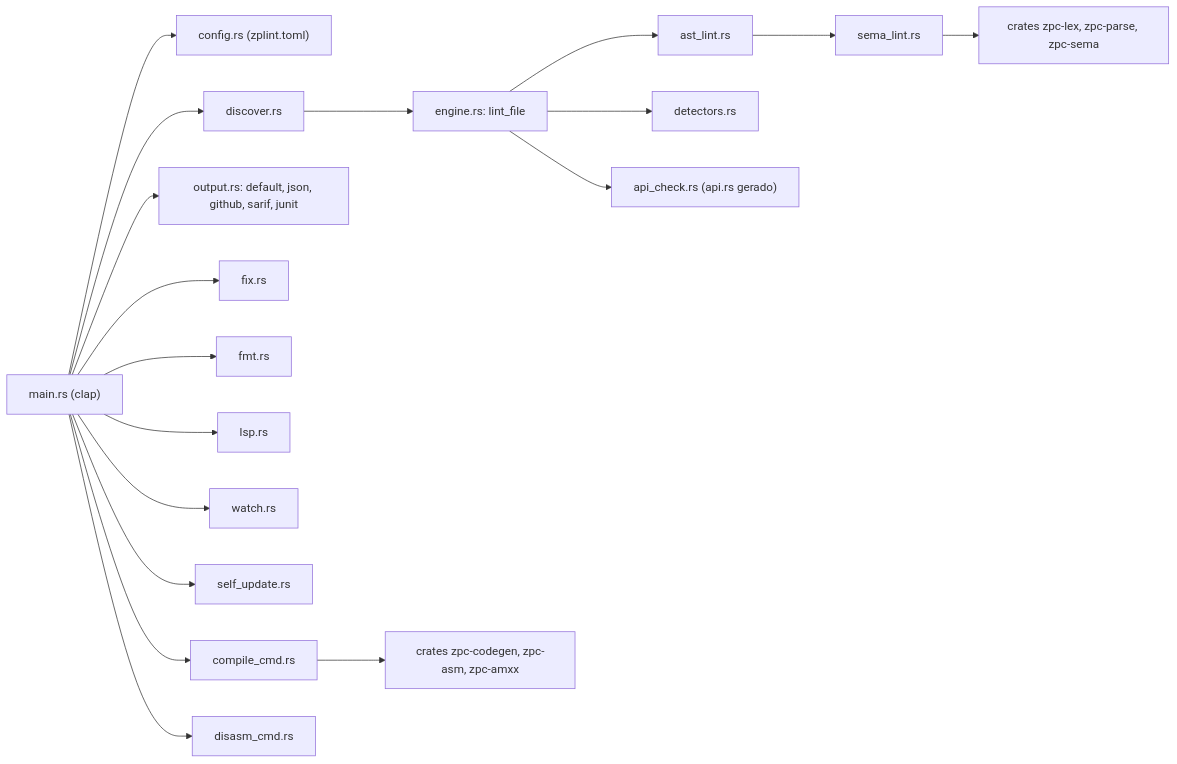
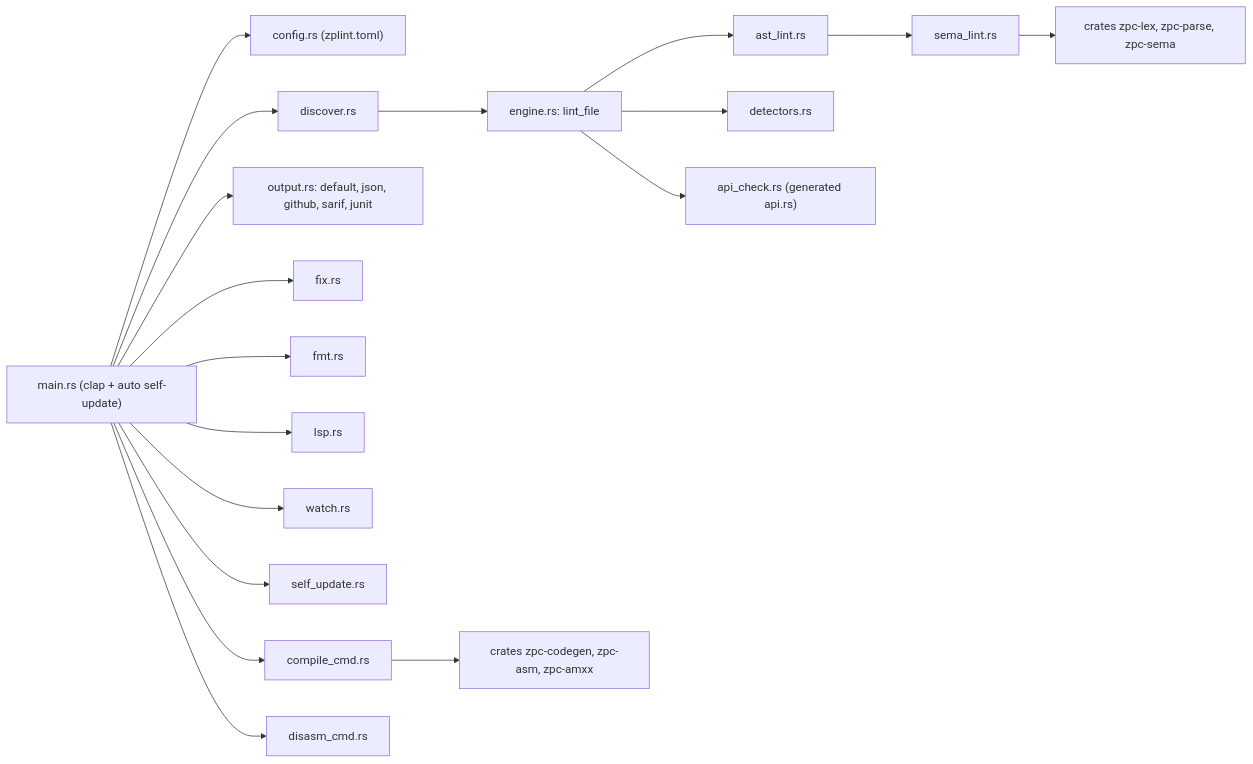
The diagram in README.md (juninmd/zplint), drawn with Mermaid before and after one commit. The commit also changed other lines of this file and 5 other files, not shown here.

Commit message:
feat(update,docs): enable auto self-update, fix duplicate_global semantics, and rewrite README in English (#32)

````diff
--- a/README.md
+++ b/README.md
@@ -78,20 +485,20 @@
 ```mermaid
 flowchart LR
-    CLI["main.rs (clap)"] --> CFG["config.rs (zplint.toml)"]
+    CLI["main.rs (clap + auto self-update)"] --> CFG["config.rs (zplint.toml)"]
     CLI --> DISC["discover.rs"]
     DISC --> ENG["engine.rs: lint_file"]
     ENG --> AST["ast_lint.rs"]
     AST --> SEMA["sema_lint.rs"]
     SEMA --> ZPC["crates zpc-lex, zpc-parse, zpc-sema"]
     ENG --> DET["detectors.rs"]
-    ENG --> API["api_check.rs (api.rs gerado)"]
+    ENG --> API["api_check.rs (generated api.rs)"]
     CLI --> OUT["output.rs: default, json, github, sarif, junit"]
     CLI --> FIX["fix.rs"]
     CLI --> FMT["fmt.rs"]
     CLI --> LSP["lsp.rs"]
     CLI --> WATCH["watch.rs"]
     CLI --> UPD["self_update.rs"]
     CLI --> CMP["compile_cmd.rs"]
     CMP --> CG["crates zpc-codegen, zpc-asm, zpc-amxx"]
     CLI --> DIS["disasm_cmd.rs"]
 ```
````
